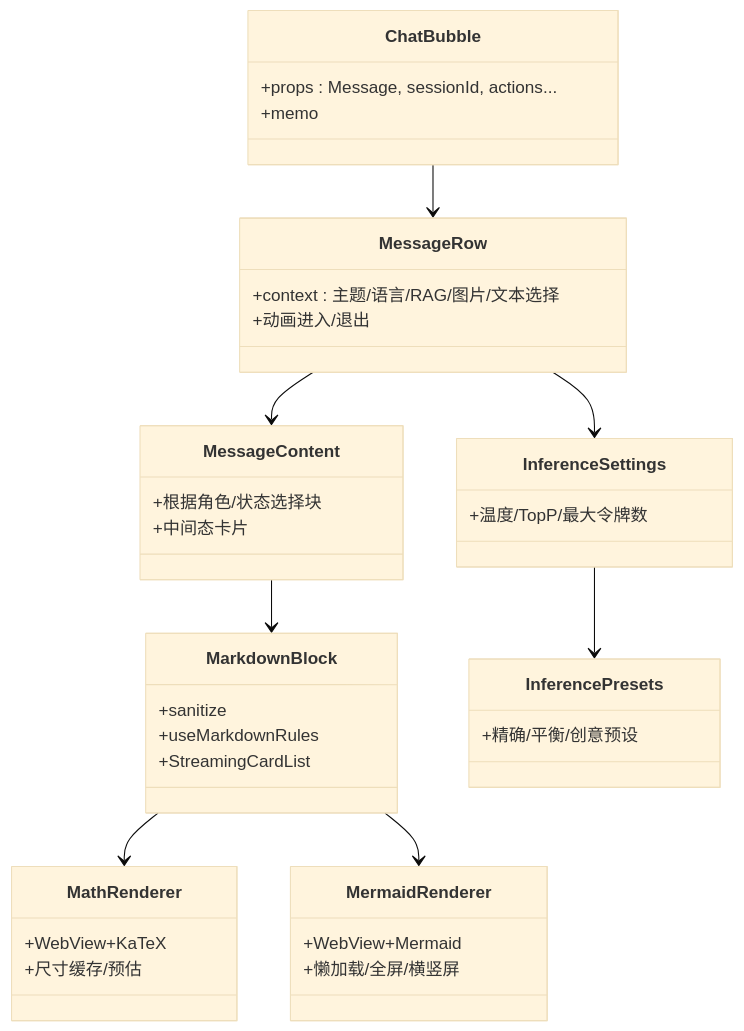
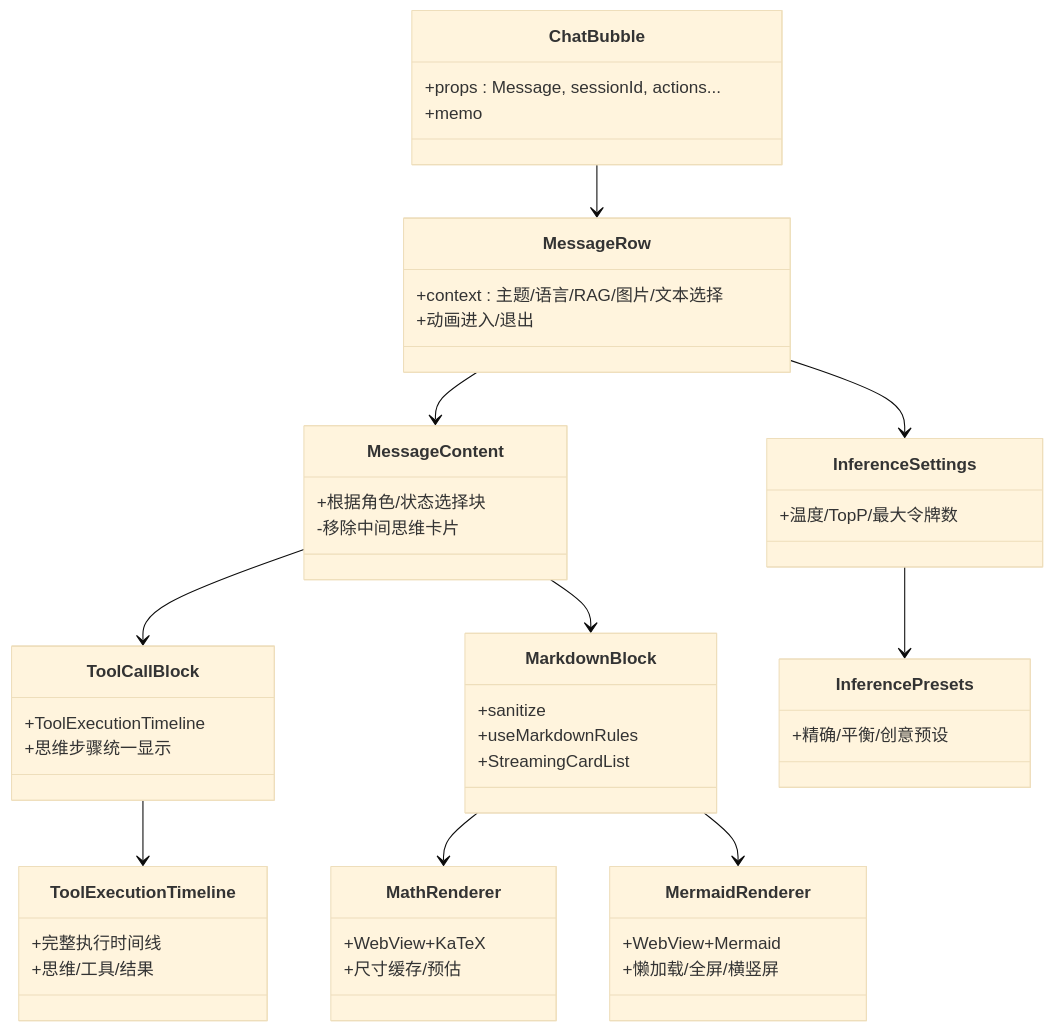
One commit to NarcisWL/Nexara changed the second of 9 diagrams in .qoder/repowiki/zh/content/UI组件系统/聊天组件.md. Above: the diagram before and after it, drawn with Mermaid (base theme). The commit also changed other lines of this file and 4 other files, not shown here.

````diff
--- a/.qoder/repowiki/zh/content/UI组件系统/聊天组件.md
+++ b/.qoder/repowiki/zh/content/UI组件系统/聊天组件.md
@@ -107,41 +123,51 @@
 ```mermaid
 classDiagram
 class ChatBubble {
 +props : Message, sessionId, actions...
 +memo
 }
 class MessageRow {
 +context : 主题/语言/RAG/图片/文本选择
 +动画进入/退出
 }
 class MessageContent {
 +根据角色/状态选择块
-+中间态卡片
+-移除中间思维卡片
+}
+class ToolCallBlock {
++ToolExecutionTimeline
++思维步骤统一显示
+}
+class ToolExecutionTimeline {
++完整执行时间线
++思维/工具/结果
 }
 class MarkdownBlock {
 +sanitize
 +useMarkdownRules
 +StreamingCardList
 }
 class MathRenderer {
 +WebView+KaTeX
 +尺寸缓存/预估
 }
 class MermaidRenderer {
 +WebView+Mermaid
 +懒加载/全屏/横竖屏
 }
 class InferenceSettings {
 +温度/TopP/最大令牌数
 }
 class InferencePresets {
 +精确/平衡/创意预设
 }
 ChatBubble --> MessageRow
 MessageRow --> MessageContent
+MessageContent --> ToolCallBlock
+ToolCallBlock --> ToolExecutionTimeline
 MessageContent --> MarkdownBlock
 MarkdownBlock --> MathRenderer
 MarkdownBlock --> MermaidRenderer
 MessageRow --> InferenceSettings
 InferenceSettings --> InferencePresets
 ```
````
